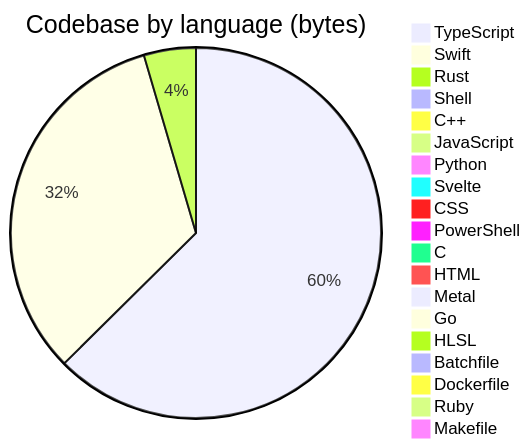
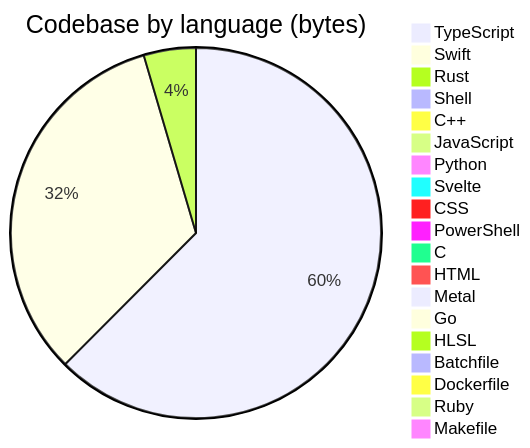
One commit to Open330/.github changed the diagram in profile/README.md. Above: the diagram before and after it, drawn with Mermaid. The commit also changed other lines of this file, not shown here.

````diff
--- a/profile/README.md
+++ b/profile/README.md
@@ -130,22 +130,22 @@
 ```mermaid
 pie title Codebase by language (bytes)
     "TypeScript" : 34474664
-    "Swift" : 18110195
-    "Rust" : 2500338
+    "Swift" : 18192641
+    "Rust" : 2512664
     "Shell" : 500356
     "C++" : 388775
     "JavaScript" : 368493
     "Python" : 342510
     "Svelte" : 143451
     "CSS" : 142903
     "PowerShell" : 128198
     "C" : 114143
     "HTML" : 50085
     "Metal" : 33033
     "Go" : 22811
     "HLSL" : 7527
     "Batchfile" : 5870
     "Dockerfile" : 4893
     "Ruby" : 1554
     "Makefile" : 1150
 ```
````
